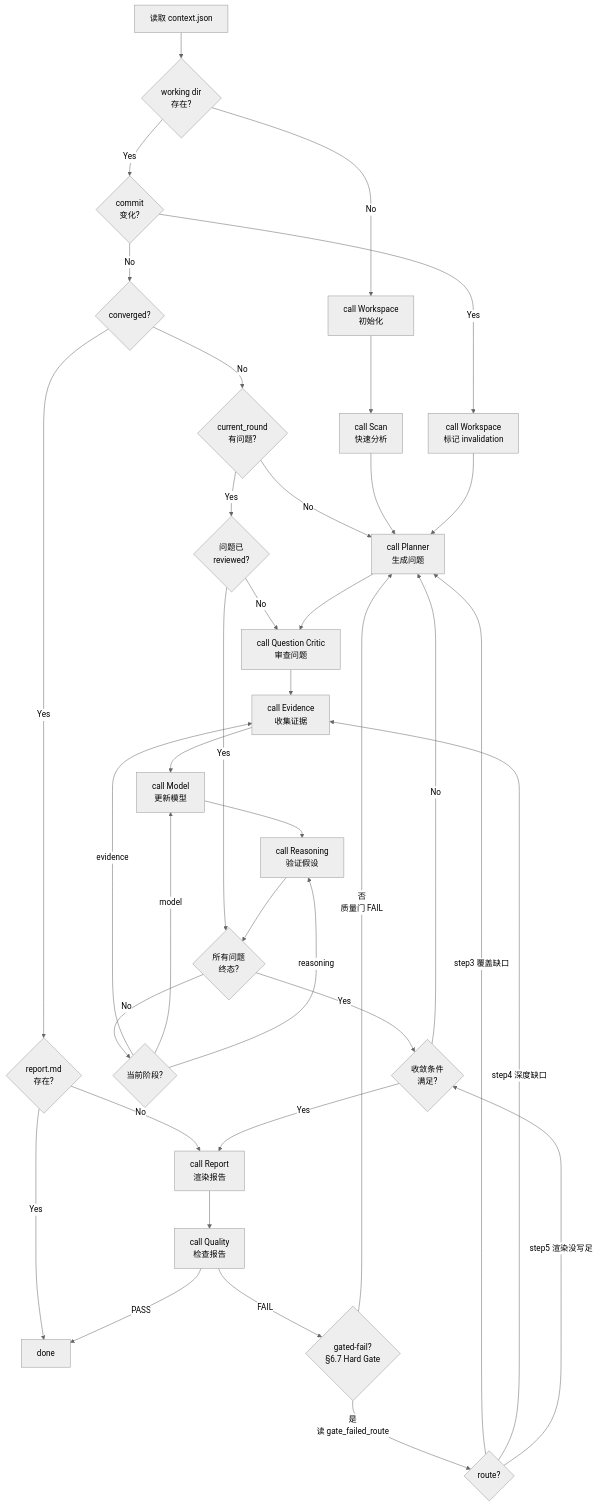
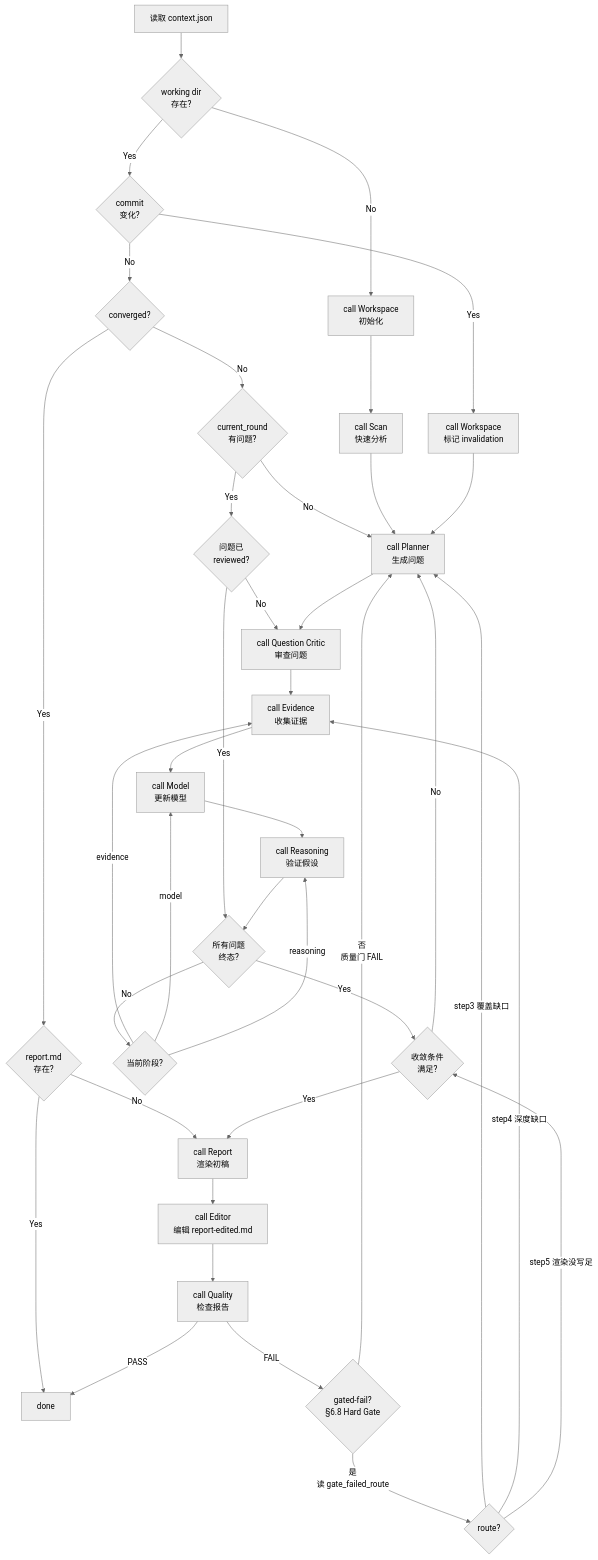
One commit to devweekly/devweekly.github.io changed the diagram in .trae/skills/repo-arch-engineering/agents/orchestrator.md. Above: the diagram before and after it, drawn with Mermaid (neutral theme). The commit also changed other lines of this file and 12 other files, not shown here.

````diff
--- a/.trae/skills/repo-arch-engineering/agents/orchestrator.md
+++ b/.trae/skills/repo-arch-engineering/agents/orchestrator.md
@@ -32,39 +32,40 @@
 ```mermaid
 flowchart TD
     Start[读取 context.json] --> C1{working dir<br/>存在?}
     C1 -->|No| WS[call Workspace<br/>初始化]
     C1 -->|Yes| C2{commit<br/>变化?}
     C2 -->|Yes| WS2[call Workspace<br/>标记 invalidation]
     C2 -->|No| C3{converged?}
     C3 -->|Yes| C4{report.md<br/>存在?}
-    C4 -->|No| RPT[call Report<br/>渲染报告]
+    C4 -->|No| RPT[call Report<br/>渲染初稿]
     C4 -->|Yes| DONE[done]
     C3 -->|No| C5{current_round<br/>有问题?}
     C5 -->|No| PLN[call Planner<br/>生成问题]
     C5 -->|Yes| C6{问题已<br/>reviewed?}
     C6 -->|No| QC[call Question Critic<br/>审查问题]
     C6 -->|Yes| C7{所有问题<br/>终态?}
     C7 -->|No| C8{当前阶段?}
     C8 -->|evidence| EVI[call Evidence<br/>收集证据]
     C8 -->|model| MDL[call Model<br/>更新模型]
     C8 -->|reasoning| RSN[call Reasoning<br/>验证假设]
     C7 -->|Yes| C9{收敛条件<br/>满足?}
     C9 -->|Yes| RPT
     C9 -->|No| PLN
     WS --> S2[call Scan<br/>快速分析]
     S2 --> PLN
     WS2 --> PLN
     PLN --> QC
     QC --> EVI
     EVI --> MDL
     MDL --> RSN
     RSN --> C7
-    RPT --> QL[call Quality<br/>检查报告]
+    RPT --> EDI[call Editor<br/>编辑 report-edited.md]
+    EDI --> QL[call Quality<br/>检查报告]
     QL -->|PASS| DONE
-    QL -->|FAIL| QR{gated-fail?<br/>§6.7 Hard Gate}
+    QL -->|FAIL| QR{gated-fail?<br/>§6.8 Hard Gate}
     QR -->|否<br/>质量门 FAIL| PLN
     QR -->|是<br/>读 gate_failed_route| GRR{route?}
     GRR -->|step3 覆盖缺口| PLN
     GRR -->|step4 深度缺口| EVI
     GRR -->|step5 渲染没写足| C9
 ```
````
